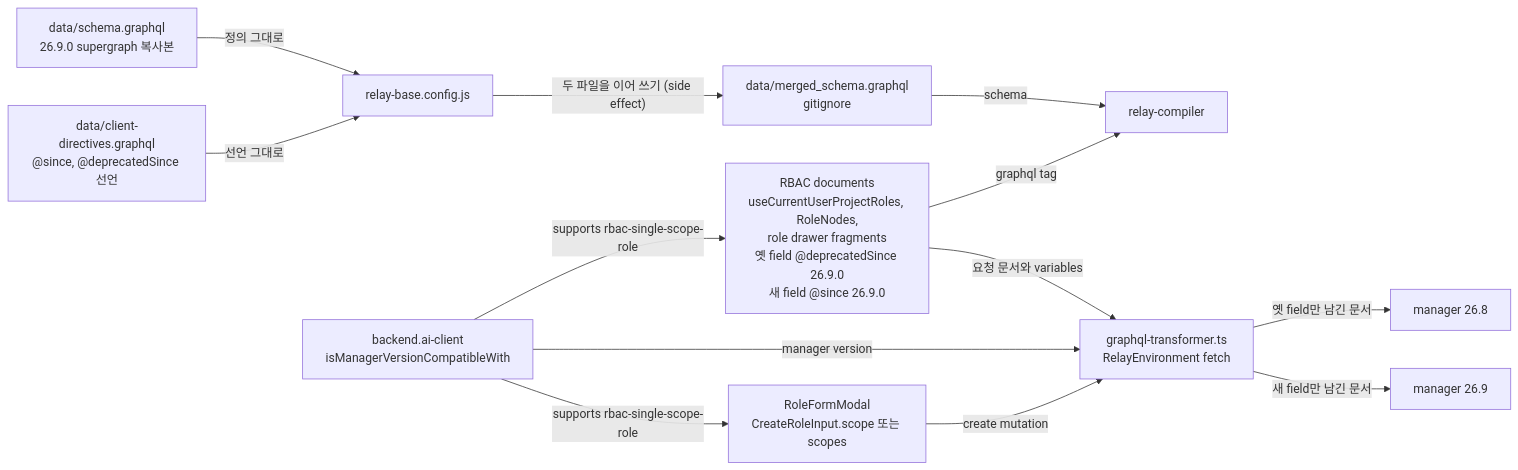
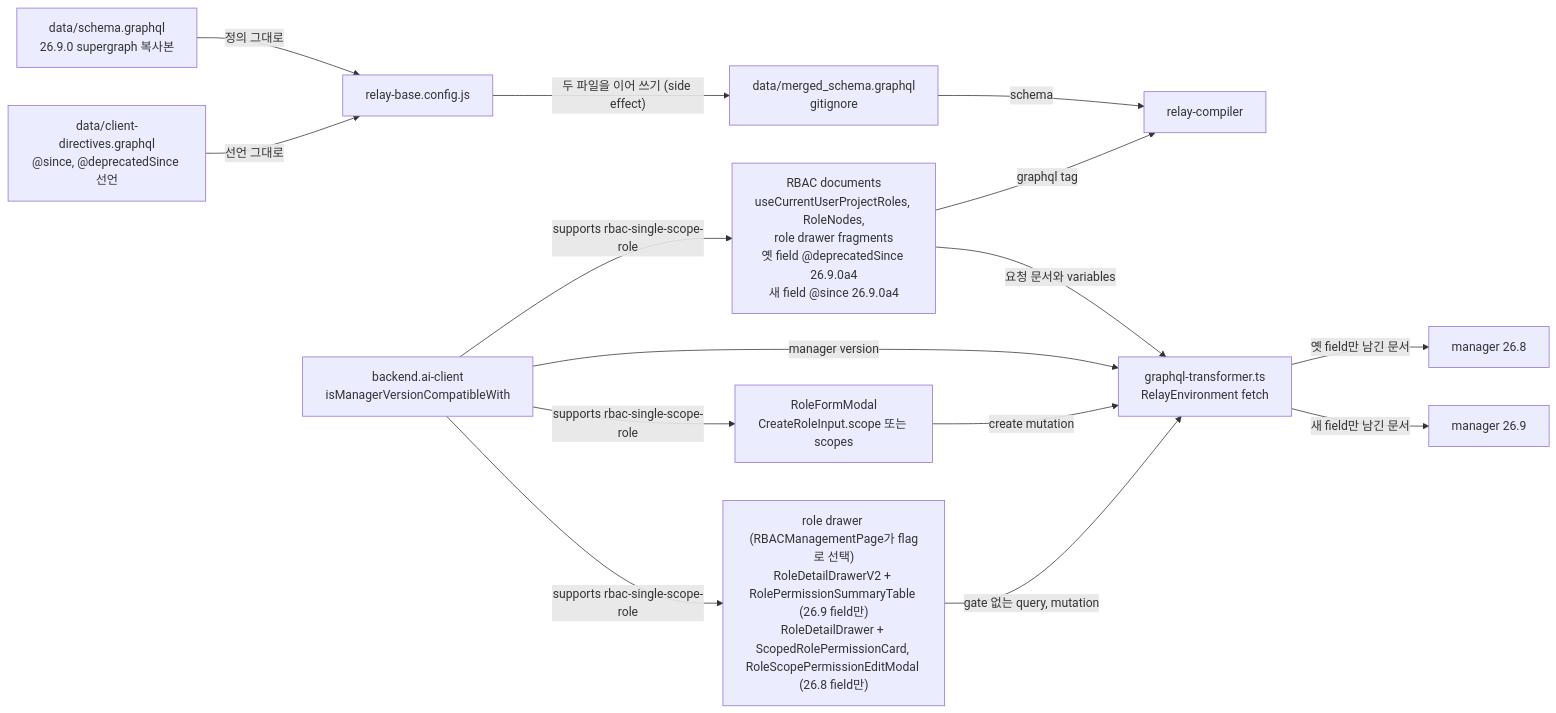
Before and after one commit to lablup/backend.ai-webui: the diagram in docs/adr/0006-version-gated-field-pairs-across-manager-versions.md, drawn with Mermaid. The commit also changed other lines of this file and 57 other files, not shown here.

Commit message:
feat(FR-3957): gate the role permission tab onto the 26.9 single-scope role (#9849)

````diff
--- a/docs/adr/0006-version-gated-field-pairs-across-manager-versions.md
+++ b/docs/adr/0006-version-gated-field-pairs-across-manager-versions.md
@@ -34,26 +35,29 @@
 ```mermaid
 flowchart LR
   supergraph["data/schema.graphql<br/>26.9.0 supergraph 복사본"]
   directives["data/client-directives.graphql<br/>@since, @deprecatedSince 선언"]
   config["relay-base.config.js"]
   merged["data/merged_schema.graphql<br/>gitignore"]
   compiler["relay-compiler"]
-  hook["RBAC documents<br/>useCurrentUserProjectRoles, RoleNodes,<br/>role drawer fragments<br/>옛 field @deprecatedSince 26.9.0<br/>새 field @since 26.9.0"]
+  hook["RBAC documents<br/>useCurrentUserProjectRoles, RoleNodes,<br/>role drawer fragments<br/>옛 field @deprecatedSince 26.9.0a4<br/>새 field @since 26.9.0a4"]
   form["RoleFormModal<br/>CreateRoleInput.scope 또는 scopes"]
+  permtab["role drawer (RBACManagementPage가 flag로 선택)<br/>RoleDetailDrawerV2 + RolePermissionSummaryTable (26.9 field만)<br/>RoleDetailDrawer + ScopedRolePermissionCard, RoleScopePermissionEditModal (26.8 field만)"]
   transformer["graphql-transformer.ts<br/>RelayEnvironment fetch"]
   client["backend.ai-client<br/>isManagerVersionCompatibleWith"]
   old["manager 26.8"]
   new["manager 26.9"]
   supergraph -- "정의 그대로" --> config
   directives -- "선언 그대로" --> config
   config -- "두 파일을 이어 쓰기 (side effect)" --> merged
   merged -- "schema" --> compiler
   hook -- "graphql tag" --> compiler
   hook -- "요청 문서와 variables" --> transformer
   client -- "manager version" --> transformer
   client -- "supports rbac-single-scope-role" --> hook
   client -- "supports rbac-single-scope-role" --> form
+  client -- "supports rbac-single-scope-role" --> permtab
   form -- "create mutation" --> transformer
+  permtab -- "gate 없는 query, mutation" --> transformer
   transformer -- "옛 field만 남긴 문서" --> old
   transformer -- "새 field만 남긴 문서" --> new
 ```
````
